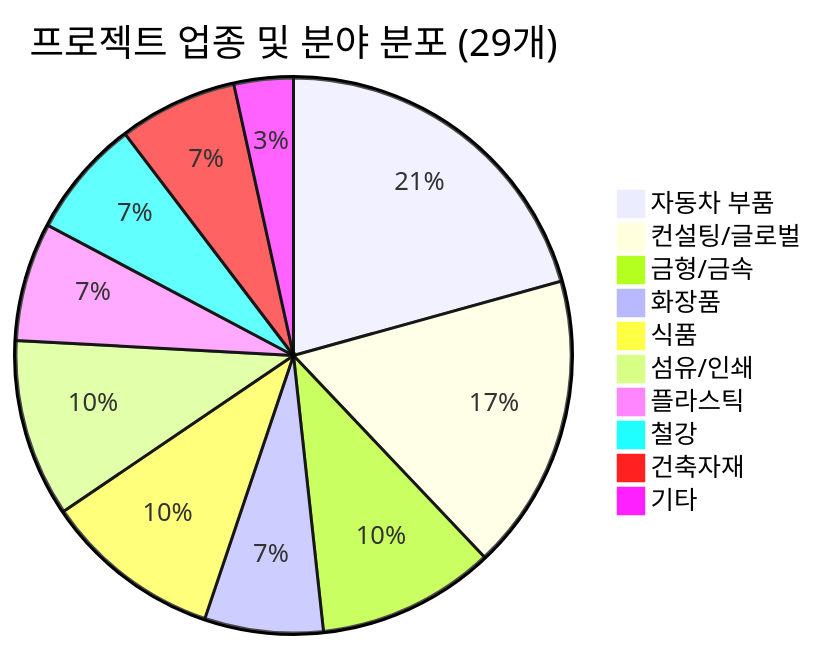
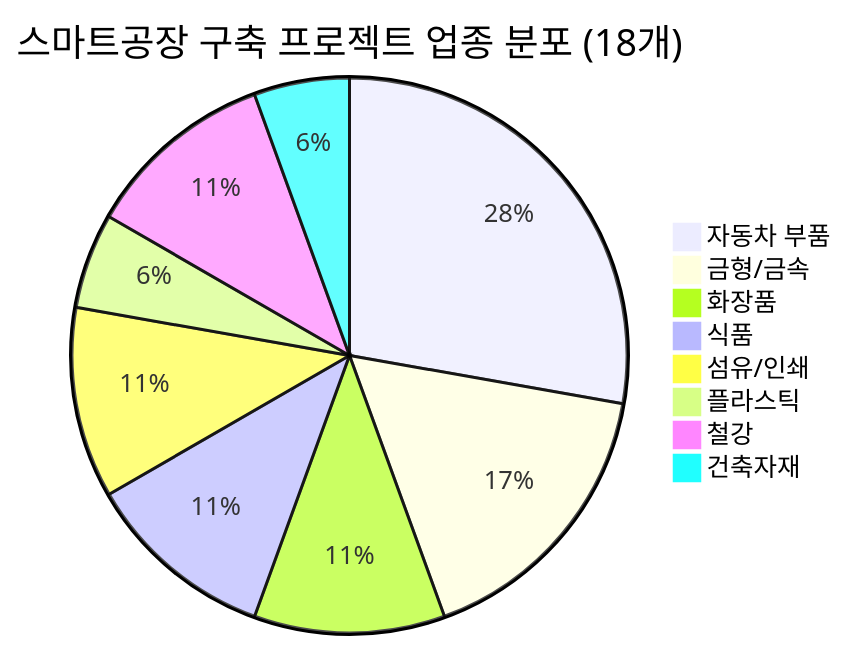
One commit to moobaek/Testing_AI_agents_for_public_use changed diagram 16 of 16 in portfolio/portfolio_docs/02_Projects_Overview.md. Above: the diagram before and after it, drawn with Mermaid. The commit also changed other lines of this file and 73 other files, not shown here.

````diff
--- a/portfolio/portfolio_docs/02_Projects_Overview.md
+++ b/portfolio/portfolio_docs/02_Projects_Overview.md
@@ -403,13 +1390,11 @@
 ```mermaid
-pie title 프로젝트 업종 및 분야 분포 (29개)
-    "자동차 부품" : 6
-    "컨설팅/글로벌" : 5
+pie title 스마트공장 구축 프로젝트 업종 분포 (18개)
+    "자동차 부품" : 5
     "금형/금속" : 3
     "화장품" : 2
-    "식품" : 3
-    "섬유/인쇄" : 3
-    "플라스틱" : 2
+    "식품" : 2
+    "섬유/인쇄" : 2
+    "플라스틱" : 1
     "철강" : 2
-    "건축자재" : 2
-    "기타" : 1
+    "건축자재" : 1
 ```
````
